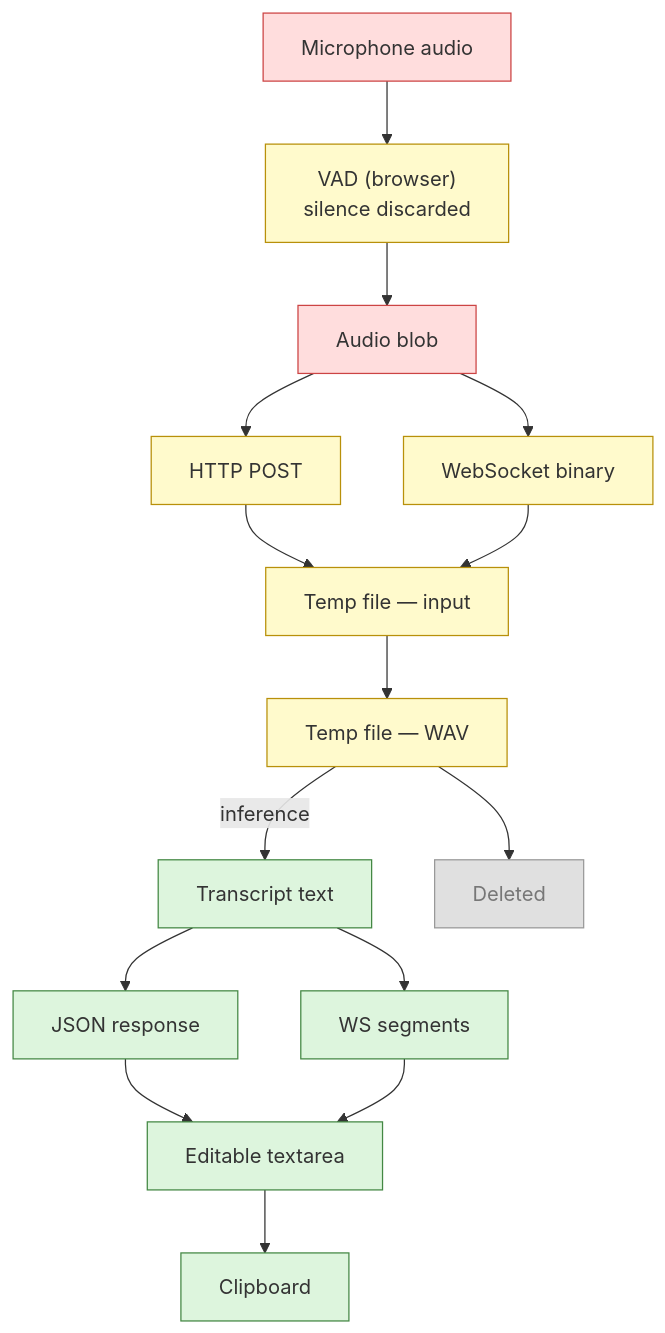
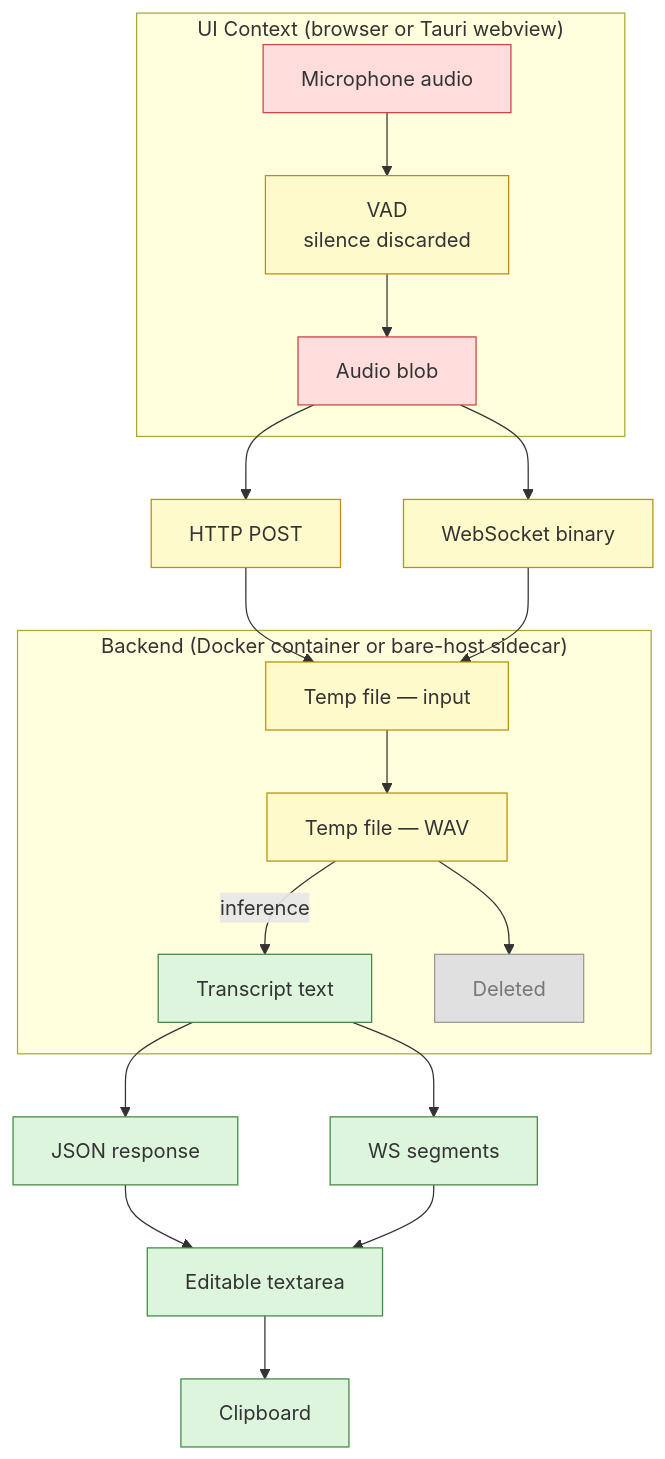
One commit to JohnYanez95/voice-scribe changed the diagram in docs/diagrams/privacy-data-flow.mmd. Above: the diagram before and after it, drawn with Mermaid. The commit also changed 7 other files, not shown here.

First line of the commit message:
docs: v3.0 presentation deck, diagrams, and rendered PNGs

```diff
--- a/docs/diagrams/privacy-data-flow.mmd
+++ b/docs/diagrams/privacy-data-flow.mmd
@@ -1,33 +1,41 @@
 flowchart TD
-    mic["Microphone audio"]
-    blob["Audio blob"]
+    subgraph ui ["UI Context (browser or Tauri webview)"]
+        mic["Microphone audio"]
+        vad["VAD<br/>silence discarded"]
+        blob["Audio blob"]
+        mic --> vad --> blob
+    end
 
-    mic --> vad["VAD (browser)<br/>silence discarded"]
-    vad --> blob
     blob --> http["HTTP POST"]
     blob --> wsIn["WebSocket binary"]
 
-    http --> tmp1["Temp file — input"]
+    subgraph backend ["Backend (Docker container or bare-host sidecar)"]
+        tmp1["Temp file — input"]
+        tmp2["Temp file — WAV"]
+        txt["Transcript text"]
+        del["Deleted"]
+        tmp1 --> tmp2
+        tmp2 -- inference --> txt
+        tmp2 --> del
+    end
+
+    http --> tmp1
     wsIn --> tmp1
-
-    tmp1 --> tmp2["Temp file — WAV"]
-    tmp2 -- inference --> txt["Transcript text"]
-    tmp2 --> del["Deleted"]
 
     txt --> resp["JSON response"]
     txt --> wsOut["WS segments"]
 
     resp --> area["Editable textarea"]
     wsOut --> area
 
     area --> clip["Clipboard"]
 
     classDef sensitive fill:#ffdddd,stroke:#cc4444
     classDef ephemeral fill:#fffacc,stroke:#b8900a
     classDef output fill:#ddf5dd,stroke:#448844
     classDef deleted fill:#e0e0e0,stroke:#999999,color:#777777
 
     class mic,blob sensitive
     class vad,http,wsIn,tmp1,tmp2 ephemeral
     class txt,resp,wsOut,area,clip output
     class del deleted
```
